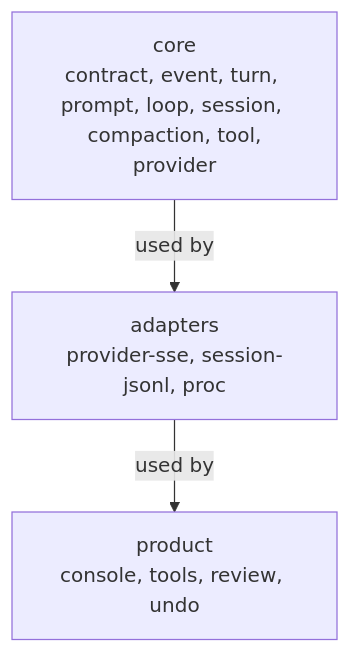
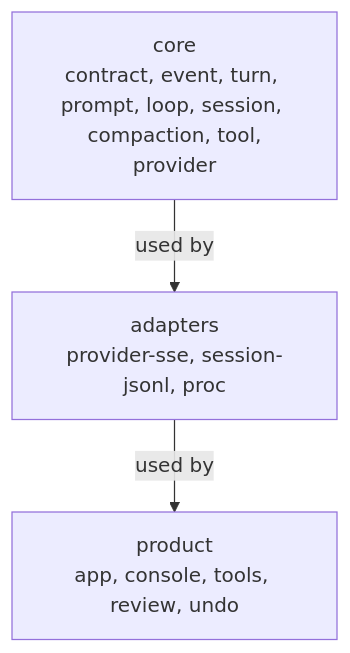
Before and after one commit to OverbearingPearl/pearl: the first of 3 diagrams in docs/architecture.md, drawn with Mermaid. The commit also changed other lines of this file and 6 other files, not shown here.

````diff
--- a/docs/architecture.md
+++ b/docs/architecture.md
@@ -56,7 +57,7 @@
 ```mermaid
 flowchart TB
   core["core<br/>contract, event, turn, prompt, loop, session, compaction, tool,<br/>provider"]
   adapters["adapters<br/>provider-sse, session-jsonl, proc"]
-  product["product<br/>console, tools, review, undo"]
+  product["product<br/>app, console, tools, review, undo"]
   core -->|used by| adapters -->|used by| product
 ```
````
